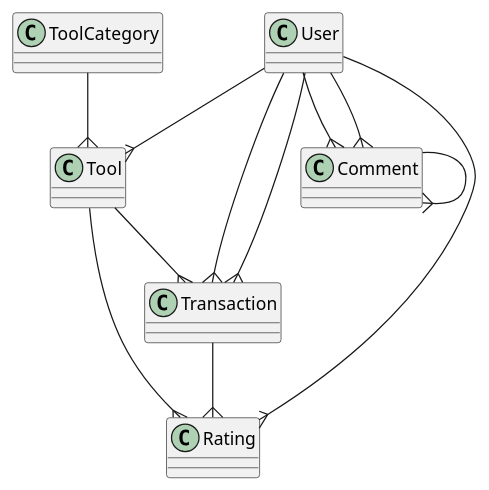
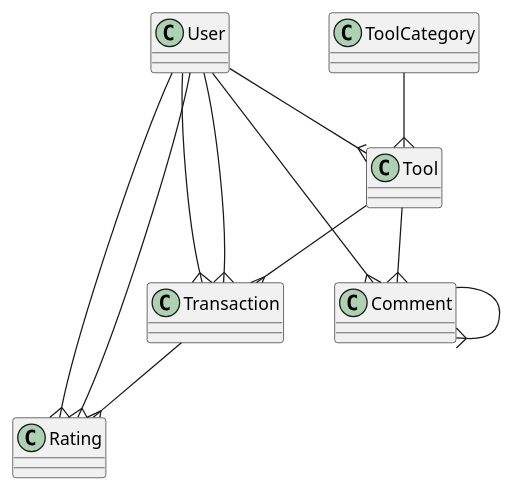
One commit to samsonitto/itool_db changed the second of 2 diagrams in README.md. Above: the diagram before and after it, drawn with PlantUML.

````diff
--- a/README.md
+++ b/README.md
@@ -100,17 +100,17 @@
 ```plantuml
 @startuml
 
 User --{ Tool
 User --{ Transaction
 User --{ Transaction
 User --{ Comment
-User --{ Comment
+User --{ Rating
 User --{ Rating
 ToolCategory --{ Tool
 Tool --{ Transaction
-Tool --{ Rating
+Tool --{ Comment
 Transaction --{ Rating
 Comment --{ Comment
 
 @enduml
 ```
````
